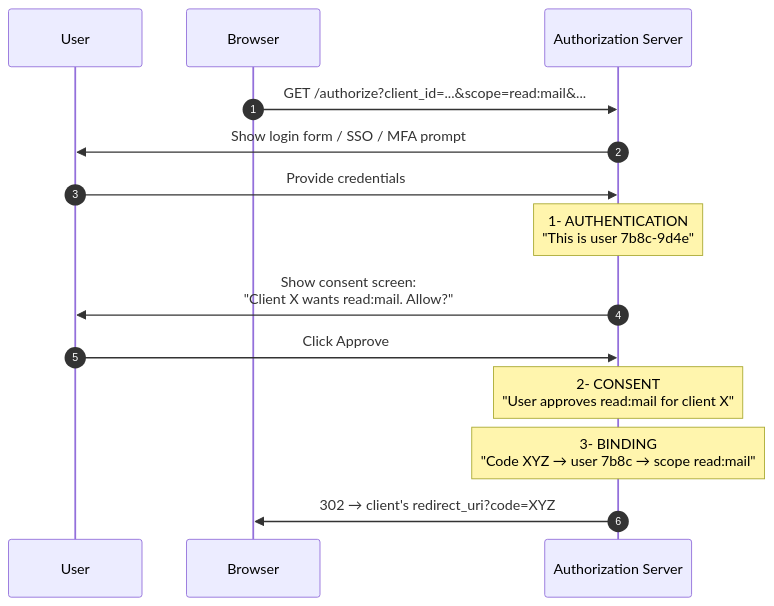
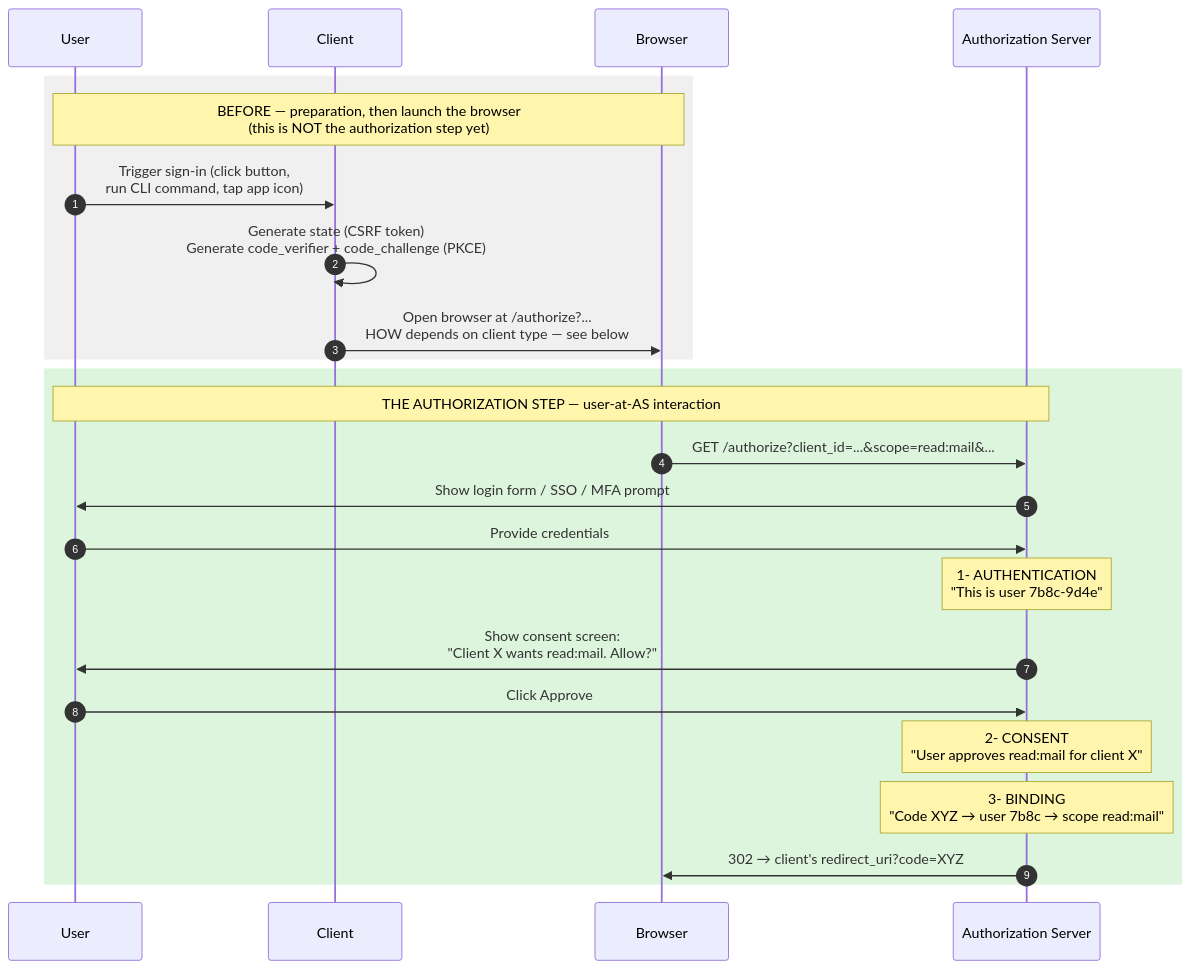
The second of 2 diagrams in docs/02-concepts-vocabulary.md (kubiosec-agentic/oauth-deepdive), drawn with Mermaid before and after one commit. The commit also changed other lines of this file, not shown here.

Commit message:
Show pre-authorization-step context in vocabulary diagram
Reader feedback: the diagram dropped the user into /authorize without
showing how they got there. The 'before' phase has real variation by
client type and deserves explicit treatment.

- Added Client participant and three prep steps in a greyed rect
  block before the authorization step: user-trigger, client generates
  state + PKCE secrets, client launches the browser.
- Authorization step itself moved into a green rect block so the
  visual contrast makes 'before' vs 'the step' obvious.
- New 'How the browser actually gets opened' subsection covers the
  four client-type variants: server-side 302, SPA window.location,
  native (ASWebAuthenticationSession / Custom Tabs), and desktop/CLI
  loopback redirect via open / xdg-open / start.

Deliberately calls out that everything after the browser hits
/authorize is identical across client types — only the launch
mechanism differs.

````diff
--- a/docs/02-concepts-vocabulary.md
+++ b/docs/02-concepts-vocabulary.md
@@ -33,17 +33,28 @@
 ```mermaid
 sequenceDiagram
     autonumber
     participant U as User
+    participant C as Client
     participant B as Browser
     participant AS as Authorization Server
 
+    rect rgb(240, 240, 240)
+    Note over U,B: BEFORE — preparation, then launch the browser<br/>(this is NOT the authorization step yet)
+    U->>C: Trigger sign-in (click button,<br/>run CLI command, tap app icon)
+    C->>C: Generate state (CSRF token)<br/>Generate code_verifier + code_challenge (PKCE)
+    C->>B: Open browser at /authorize?...<br/>HOW depends on client type — see below
+    end
+
+    rect rgb(220, 245, 220)
+    Note over U,AS: THE AUTHORIZATION STEP — user-at-AS interaction
     B->>AS: GET /authorize?client_id=...&scope=read:mail&...
     AS->>U: Show login form / SSO / MFA prompt
     U->>AS: Provide credentials
     Note over AS: 1- AUTHENTICATION<br/>"This is user 7b8c-9d4e"
     AS->>U: Show consent screen:<br/>"Client X wants read:mail. Allow?"
     U->>AS: Click Approve
     Note over AS: 2- CONSENT<br/>"User approves read:mail for client X"
     Note over AS: 3- BINDING<br/>"Code XYZ → user 7b8c → scope read:mail"
     AS->>B: 302 → client's redirect_uri?code=XYZ
+    end
 ```
````
